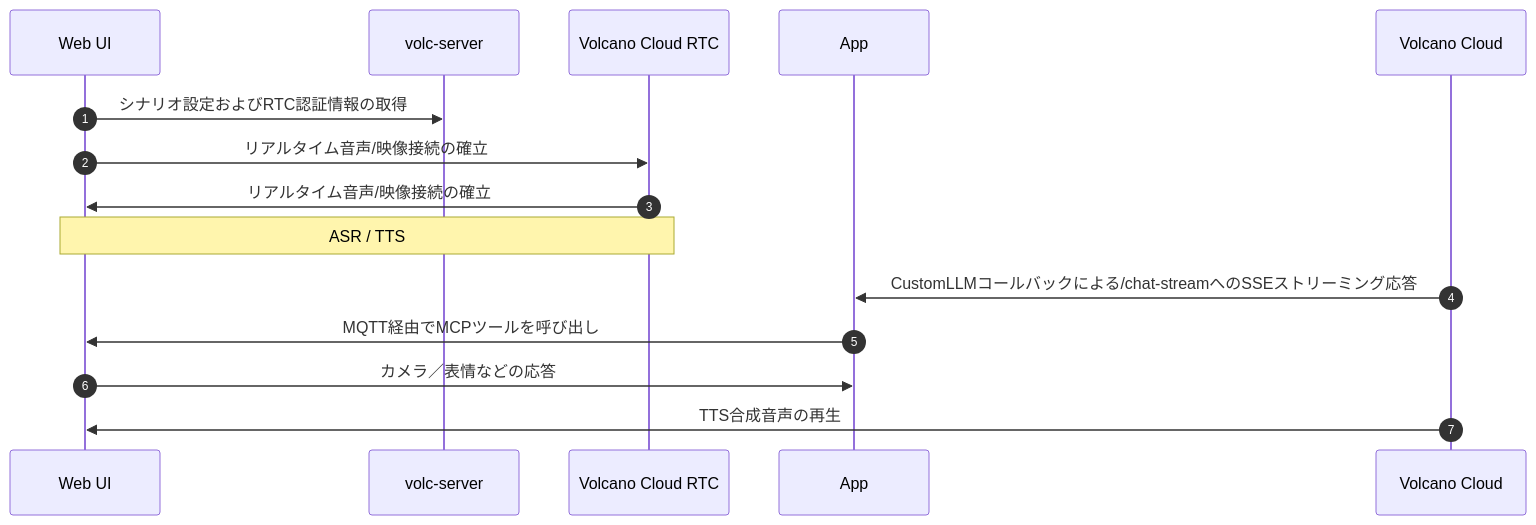
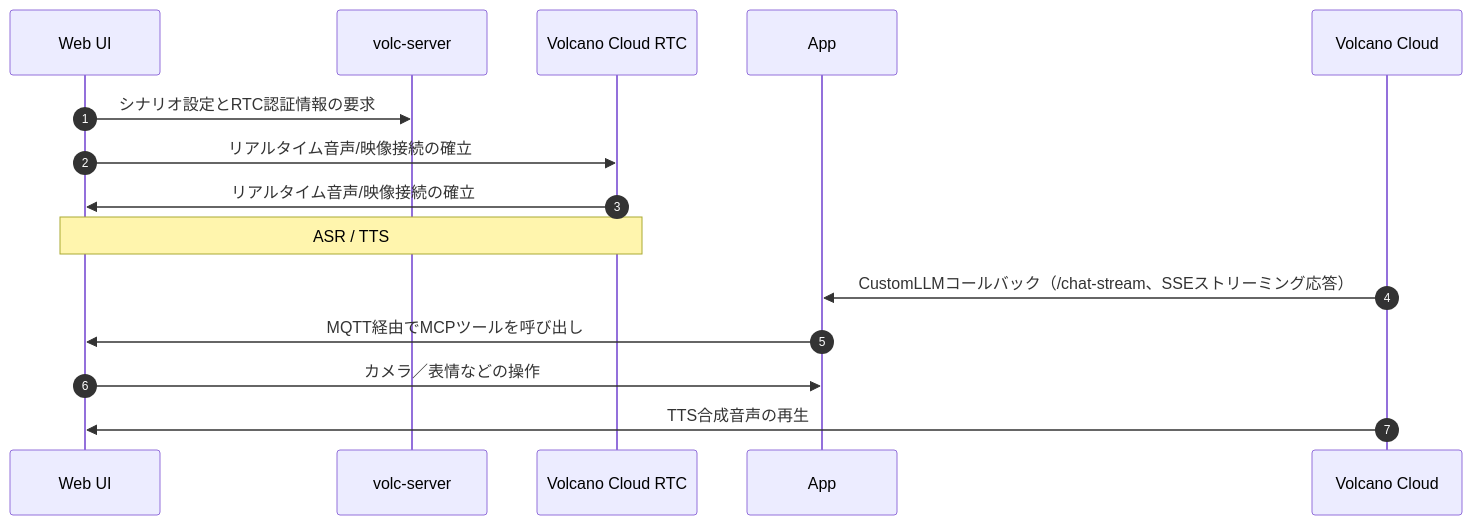
Before and after one commit to emqx/emqx-docs: the diagram in ja_JP/develop/emqx-ai/rtc-services/volcengine-rtc/quick-start.md, drawn with Mermaid. The commit also changed other lines of this file and 401 other files, not shown here.

````diff
--- a/ja_JP/develop/emqx-ai/rtc-services/volcengine-rtc/quick-start.md
+++ b/ja_JP/develop/emqx-ai/rtc-services/volcengine-rtc/quick-start.md
@@ -21,23 +21,23 @@
 ```mermaid
 sequenceDiagram
     autonumber
     participant WebUI as Web UI
     participant Volc as volc-server
     participant RTC as Volcano Cloud RTC
     participant App as App
     participant Cloud as Volcano Cloud
 
-    WebUI ->> Volc: シナリオ設定およびRTC認証情報の取得
+    WebUI ->> Volc: シナリオ設定とRTC認証情報の要求
 
     WebUI ->> RTC: リアルタイム音声/映像接続の確立
     RTC ->> WebUI: リアルタイム音声/映像接続の確立
     note over WebUI, RTC: ASR / TTS
 
-    Cloud ->> App: CustomLLMコールバックによる/chat-streamへのSSEストリーミング応答
+    Cloud ->> App: CustomLLMコールバック（/chat-stream、SSEストリーミング応答）
 
     App ->> WebUI: MQTT経由でMCPツールを呼び出し
-    WebUI ->> App: カメラ／表情などの応答
+    WebUI ->> App: カメラ／表情などの操作
 
     Cloud ->> WebUI: TTS合成音声の再生
 
 ```
````
